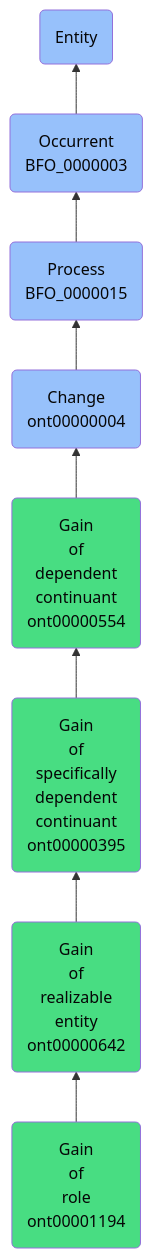
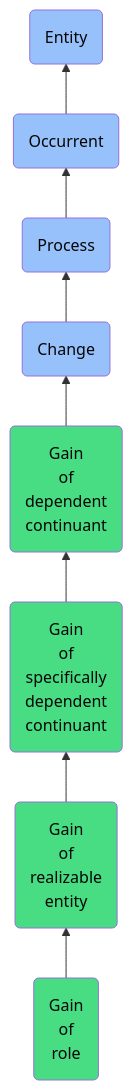
The diagram in docs/ontology/reference/model/Entity/Occurrent/Process/Change/Gain of dependent continuant/Gain of specifically dependent continuant/Gain of realizable entity/Gain of role/Gain of role.md (jupyter-naas/abi), drawn with Mermaid before and after one commit. The commit also changed other lines of this file and 1430 other files, not shown here.

````diff
--- a/docs/ontology/reference/model/Entity/Occurrent/Process/Change/Gain of dependent continuant/Gain of specifically dependent continuant/Gain of realizable entity/Gain of role/Gain of role.md
+++ b/docs/ontology/reference/model/Entity/Occurrent/Process/Change/Gain of dependent continuant/Gain of specifically dependent continuant/Gain of realizable entity/Gain of role/Gain of role.md
@@ -24,15 +24,15 @@
 ```mermaid
 graph BT
-    ont00001194(Gain<br>of<br>role<br>ont00001194):::ABI-->ont00000642
-    ont00000642(Gain<br>of<br>realizable<br>entity<br>ont00000642):::ABI-->ont00000395
-    ont00000395(Gain<br>of<br>specifically<br>dependent<br>continuant<br>ont00000395):::ABI-->ont00000554
-    ont00000554(Gain<br>of<br>dependent<br>continuant<br>ont00000554):::ABI-->ont00000004
-    ont00000004(Change<br>ont00000004):::BFO-->BFO_0000015
-    BFO_0000015(Process<br>BFO_0000015):::BFO-->BFO_0000003
-    BFO_0000003(Occurrent<br>BFO_0000003):::BFO-->BFO_0000001
+    ont00001194(Gain<br>of<br>role):::ABI-->ont00000642
+    ont00000642(Gain<br>of<br>realizable<br>entity):::ABI-->ont00000395
+    ont00000395(Gain<br>of<br>specifically<br>dependent<br>continuant):::ABI-->ont00000554
+    ont00000554(Gain<br>of<br>dependent<br>continuant):::ABI-->ont00000004
+    ont00000004(Change):::BFO-->BFO_0000015
+    BFO_0000015(Process):::BFO-->BFO_0000003
+    BFO_0000003(Occurrent):::BFO-->BFO_0000001
     BFO_0000001(Entity):::BFO
     
     classDef BFO fill:#97c1fb,color:#060606
     classDef CCO fill:#e4c51e,color:#060606
     classDef ABI fill:#48DD82,color:#060606
 ```
````
